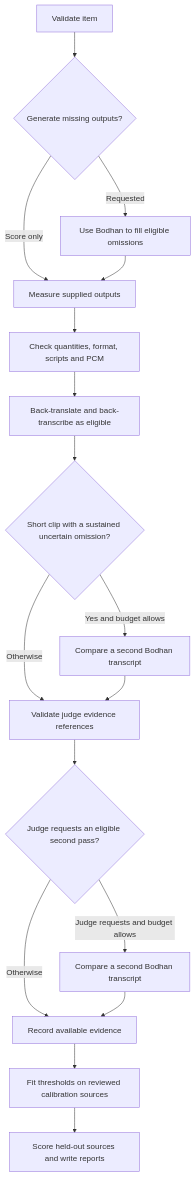
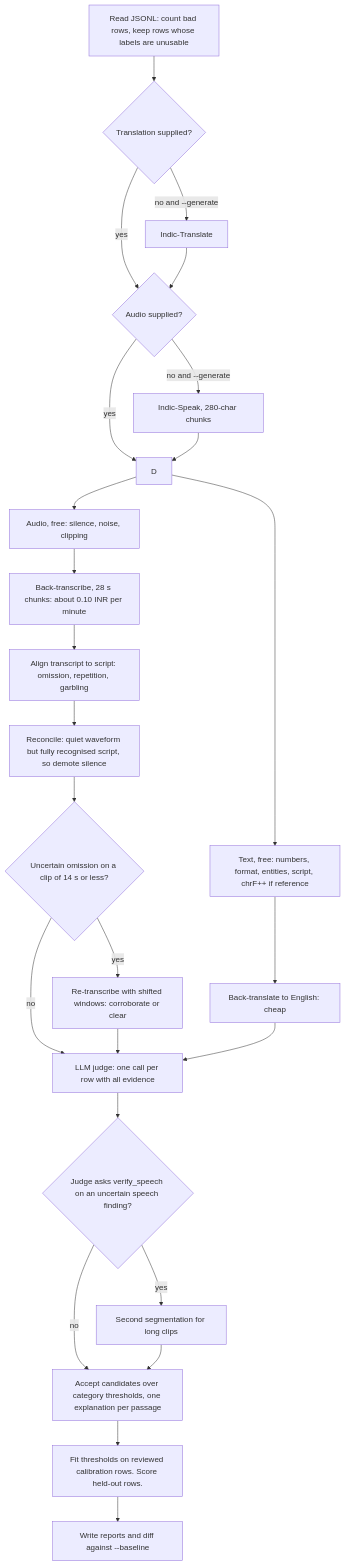
Before and after one commit to Bodhan-AI/Bodhan-AI-Cookbook: the second of 2 diagrams in examples/translation_speech_quality/DESIGN.md, drawn with Mermaid. The commit also changed other lines of this file and 6 other files, not shown here.

Commit message:
Add end-to-end test, actionable summary, audio-time repetition spans, design docs

````diff
--- a/examples/translation_speech_quality/DESIGN.md
+++ b/examples/translation_speech_quality/DESIGN.md
@@ -25,19 +54,27 @@
 ```mermaid
 flowchart TD
-    A[Validate item] --> B{Generate missing outputs?}
-    B -->|Requested| C[Use Bodhan to fill eligible omissions]
-    B -->|Score only| D[Measure supplied outputs]
-    C --> D
-    D --> E[Check quantities, format, scripts and PCM]
-    E --> F[Back-translate and back-transcribe as eligible]
-    F --> Q{Short clip with a sustained uncertain omission?}
-    Q -->|Yes and budget allows| A1[Compare a second Bodhan transcript]
-    Q -->|Otherwise| G[Validate judge evidence references]
-    A1 --> G
-    G --> H{Judge requests an eligible second pass?}
-    H -->|Judge requests and budget allows| I[Compare a second Bodhan transcript]
-    H -->|Otherwise| K[Record available evidence]
-    I --> K
-    K --> L[Fit thresholds on reviewed calibration sources]
-    L --> M[Score held-out sources and write reports]
+    A[Read JSONL: count bad rows, keep rows whose labels are unusable] --> B{Translation supplied?}
+    B -->|no and --generate| B1[Indic-Translate]
+    B -->|yes| C
+    B1 --> C{Audio supplied?}
+    C -->|no and --generate| C1[Indic-Speak, 280-char chunks]
+    C -->|yes| D
+    C1 --> D
+    D --> E1[Text, free: numbers, format, entities, script, chrF++ if reference]
+    D --> E2[Audio, free: silence, noise, clipping]
+    E1 --> F1[Back-translate to English: cheap]
+    E2 --> F2[Back-transcribe, 28 s chunks: about 0.10 INR per minute]
+    F2 --> G[Align transcript to script: omission, repetition, garbling]
+    G --> R[Reconcile: quiet waveform but fully recognised script, so demote silence]
+    R --> H{Uncertain omission on a clip of 14 s or less?}
+    H -->|yes| H1[Re-transcribe with shifted windows: corroborate or clear]
+    H -->|no| J
+    H1 --> J
+    F1 --> J[LLM judge: one call per row with all evidence]
+    J --> K{Judge asks verify_speech on an uncertain speech finding?}
+    K -->|yes| K1[Second segmentation for long clips]
+    K -->|no| L
+    K1 --> L[Accept candidates over category thresholds, one explanation per passage]
+    L --> M[Fit thresholds on reviewed calibration rows. Score held-out rows.]
+    M --> N[Write reports and diff against --baseline]
 ```
````
